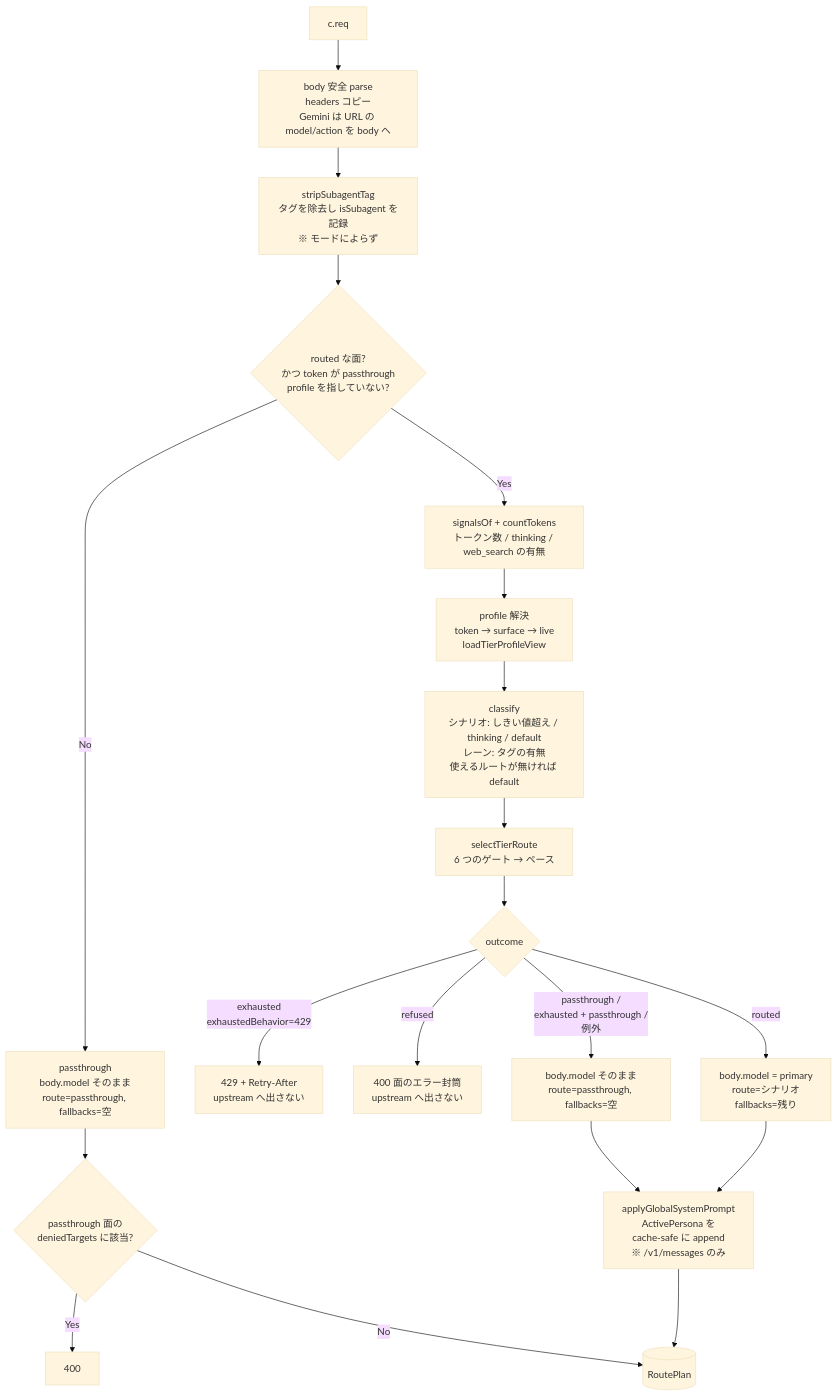
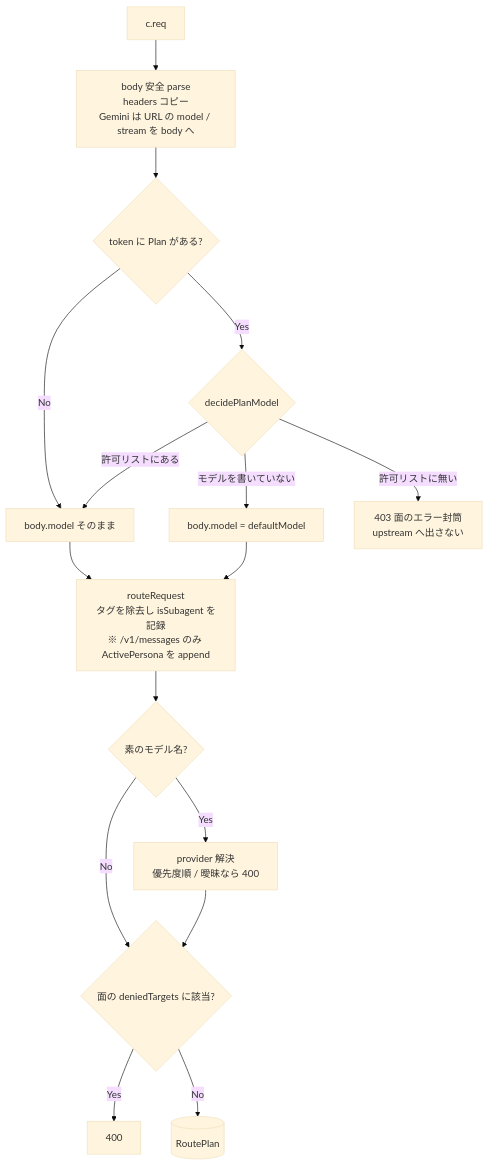
Before and after one commit to tkgstrator/rialto: the tenth of 12 diagrams in docs/architecture/pipeline-overview.md, drawn with Mermaid (base theme). The commit also changed other lines of this file and 14 other files, not shown here.

Commit message:
docs: update architecture and guides for the removal of routing

````diff
--- a/docs/architecture/pipeline-overview.md
+++ b/docs/architecture/pipeline-overview.md
@@ -553,22 +520,18 @@
 ```mermaid
 flowchart TD
-  R[c.req] --> PARSE[body 安全 parse<br/>headers コピー<br/>Gemini は URL の model/action を body へ]
-  PARSE --> TAG[stripSubagentTag<br/>タグを除去し isSubagent を記録<br/>※ モードによらず]
-  TAG --> MODE{routed な面?<br/>かつ token が passthrough<br/>profile を指していない?}
-  MODE -- No --> PT[passthrough<br/>body.model そのまま<br/>route=passthrough, fallbacks=空]
-  MODE -- Yes --> TOK[signalsOf + countTokens<br/>トークン数 / thinking / web_search の有無]
-  TOK --> PROF[profile 解決<br/>token → surface → live<br/>loadTierProfileView]
-  PROF --> SCN[classify<br/>シナリオ: しきい値超え / thinking / default<br/>レーン: タグの有無<br/>使えるルートが無ければ default]
-  SCN --> SEL[selectTierRoute<br/>6 つのゲート → ペース]
-  SEL --> OUT{outcome}
-  OUT -- exhausted<br/>exhaustedBehavior=429 --> R429[429 + Retry-After<br/>upstream へ出さない]
-  OUT -- refused --> R400R[400 面のエラー封筒<br/>upstream へ出さない]
-  OUT -- passthrough /<br/>exhausted + passthrough /<br/>例外 --> KEEP[body.model そのまま<br/>route=passthrough, fallbacks=空]
-  OUT -- routed --> RW[body.model = primary<br/>route=シナリオ<br/>fallbacks=残り]
-  KEEP --> PERSONA[applyGlobalSystemPrompt<br/>ActivePersona を<br/>cache-safe に append<br/>※ /v1/messages のみ]
-  RW --> PERSONA
-  PERSONA --> PLAN[(RoutePlan)]
-  PT --> DENY{passthrough 面の<br/>deniedTargets に該当?}
+  R[c.req] --> PARSE[body 安全 parse<br/>headers コピー<br/>Gemini は URL の model / stream を body へ]
+  PARSE --> HAS{token に Plan がある?}
+  HAS -- No --> KEEP[body.model そのまま]
+  HAS -- Yes --> DEC{decidePlanModel}
+  DEC -- 許可リストにある --> KEEP
+  DEC -- モデルを書いていない --> DEF[body.model = defaultModel]
+  DEC -- 許可リストに無い --> R403[403 面のエラー封筒<br/>upstream へ出さない]
+  KEEP --> STAMP[routeRequest<br/>タグを除去し isSubagent を記録<br/>※ /v1/messages のみ ActivePersona を append]
+  DEF --> STAMP
+  STAMP --> BARE{素のモデル名?}
+  BARE -- Yes --> RES[provider 解決<br/>優先度順 / 曖昧なら 400]
+  BARE -- No --> DENY
+  RES --> DENY{面の deniedTargets に該当?}
   DENY -- Yes --> R400[400]
-  DENY -- No --> PLAN
+  DENY -- No --> PLAN[(RoutePlan)]
 ```
````
